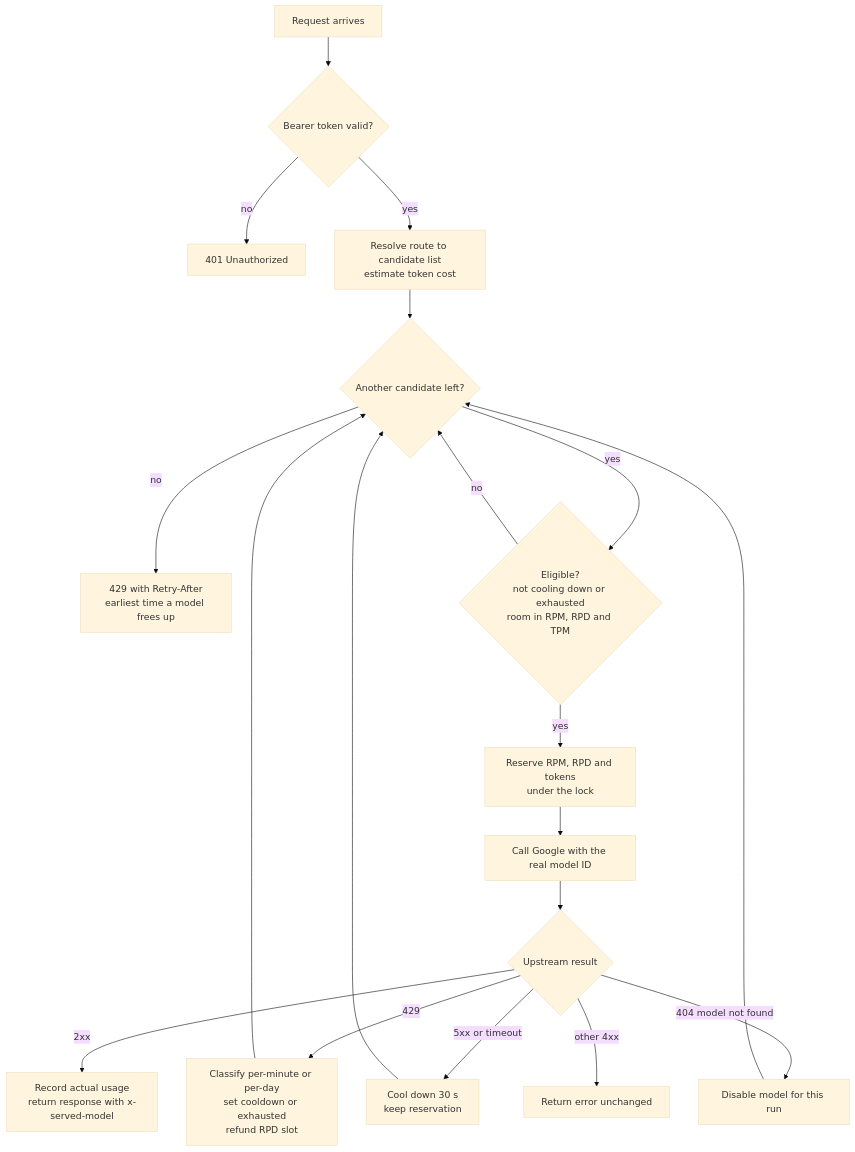
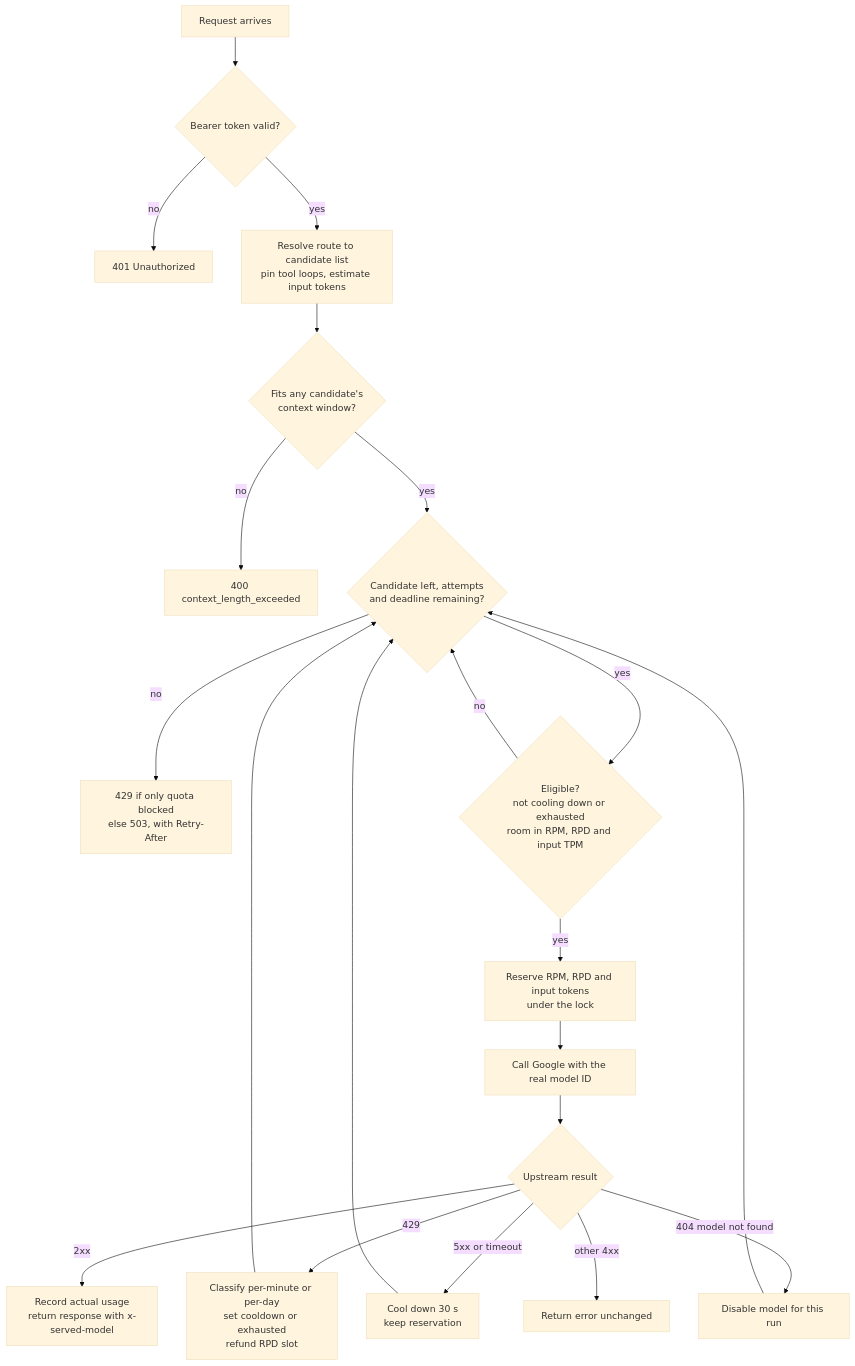
Before and after one commit to grandronlee/quota-router-for-gemini: the first of 3 diagrams in docs/DESIGN.md, drawn with Mermaid (base theme). The commit also changed other lines of this file and 6 other files, not shown here.

````diff
--- a/docs/DESIGN.md
+++ b/docs/DESIGN.md
@@ -92,21 +119,23 @@
 ```mermaid
 flowchart TD
     A[Request arrives] --> B{Bearer token valid?}
     B -- no --> X401[401 Unauthorized]
-    B -- yes --> C[Resolve route to candidate list<br/>estimate token cost]
-    C --> D{Another candidate left?}
-    D -- no --> X429[429 with Retry-After<br/>earliest time a model frees up]
-    D -- yes --> E{Eligible?<br/>not cooling down or exhausted<br/>room in RPM, RPD and TPM}
+    B -- yes --> C[Resolve route to candidate list<br/>pin tool loops, estimate input tokens]
+    C --> FIT{Fits any candidate's<br/>context window?}
+    FIT -- no --> X400[400 context_length_exceeded]
+    FIT -- yes --> D{Candidate left, attempts<br/>and deadline remaining?}
+    D -- no --> XEND[429 if only quota blocked<br/>else 503, with Retry-After]
+    D -- yes --> E{Eligible?<br/>not cooling down or exhausted<br/>room in RPM, RPD and input TPM}
     E -- no --> D
-    E -- yes --> F[Reserve RPM, RPD and tokens<br/>under the lock]
+    E -- yes --> F[Reserve RPM, RPD and input tokens<br/>under the lock]
     F --> G[Call Google with the real model ID]
     G --> H{Upstream result}
     H -- 2xx --> OK[Record actual usage<br/>return response with x-served-model]
     H -- 429 --> I[Classify per-minute or per-day<br/>set cooldown or exhausted<br/>refund RPD slot]
     I --> D
     H -- 5xx or timeout --> J[Cool down 30 s<br/>keep reservation]
     J --> D
     H -- 404 model not found --> K[Disable model for this run]
     K --> D
     H -- other 4xx --> R[Return error unchanged]
 ```
````
